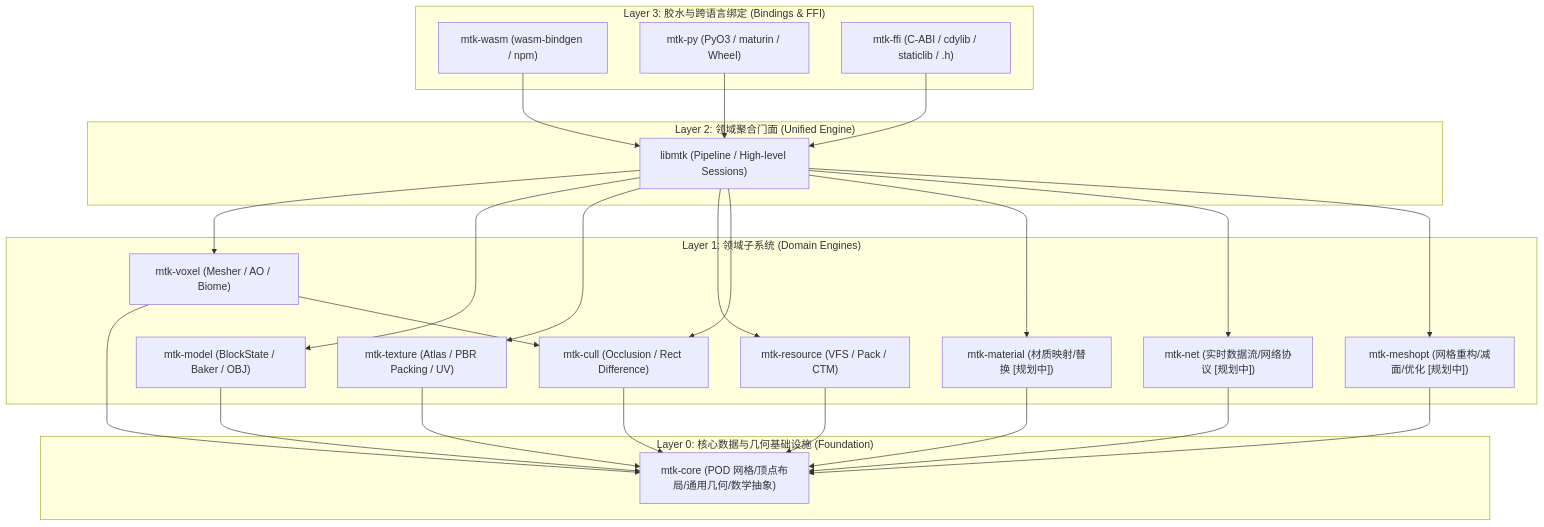
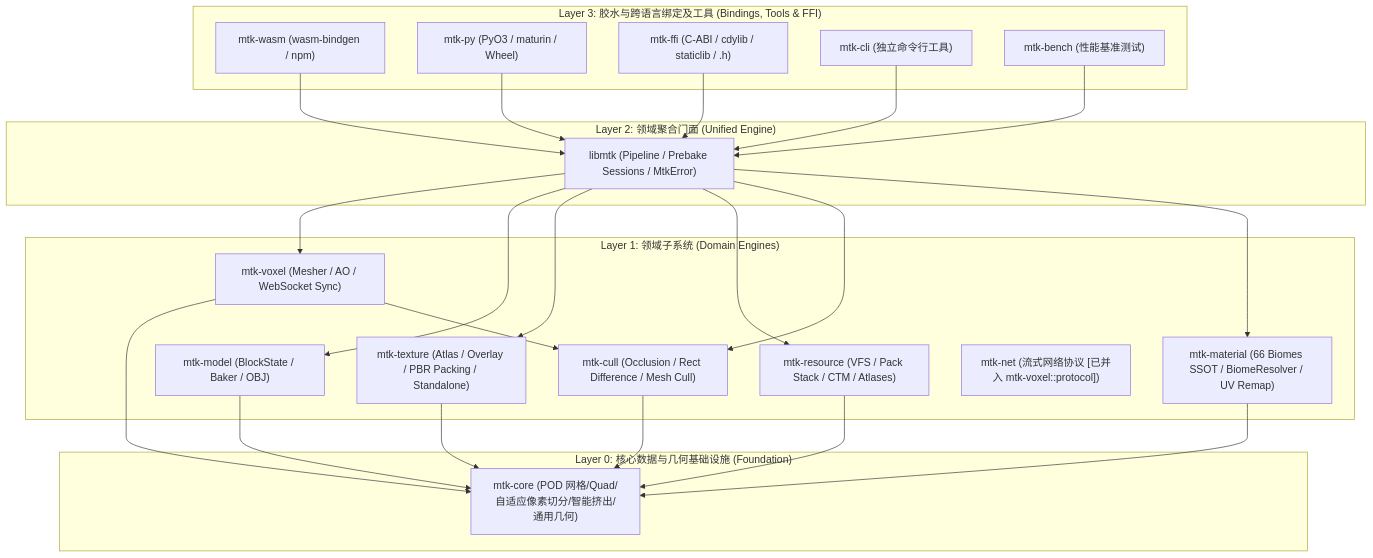
The diagram in docs/ARCHITECTURE.md (mozi1924/libmozitoolkit), drawn with Mermaid before and after one commit. The commit also changed other lines of this file and 5 other files, not shown here.

First line of the commit message:
docs: update GEMINI.md and synchronize architecture, API reference, and bindings specs

````diff
--- a/docs/ARCHITECTURE.md
+++ b/docs/ARCHITECTURE.md
@@ -17,50 +18,49 @@
 ```mermaid
 graph TD
-    subgraph Layer3_Bindings["Layer 3: 胶水与跨语言绑定 (Bindings & FFI)"]
+    subgraph Layer3_Bindings["Layer 3: 胶水与跨语言绑定及工具 (Bindings, Tools & FFI)"]
         WASM["mtk-wasm (wasm-bindgen / npm)"]
         PY["mtk-py (PyO3 / maturin / Wheel)"]
         FFI["mtk-ffi (C-ABI / cdylib / staticlib / .h)"]
+        CLI["mtk-cli (独立命令行工具)"]
+        BENCH["mtk-bench (性能基准测试)"]
     end
 
     subgraph Layer2_Facade["Layer 2: 领域聚合门面 (Unified Engine)"]
-        LIBMTK["libmtk (Pipeline / High-level Sessions)"]
+        LIBMTK["libmtk (Pipeline / Prebake Sessions / MtkError)"]
     end
 
     subgraph Layer1_Domain["Layer 1: 领域子系统 (Domain Engines)"]
-        VOXEL["mtk-voxel (Mesher / AO / Biome)"]
+        VOXEL["mtk-voxel (Mesher / AO / WebSocket Sync)"]
         MODEL["mtk-model (BlockState / Baker / OBJ)"]
-        TEXTURE["mtk-texture (Atlas / PBR Packing / UV)"]
-        RESOURCE["mtk-resource (VFS / Pack / CTM)"]
-        CULL["mtk-cull (Occlusion / Rect Difference)"]
-        MAT["mtk-material (材质映射/替换 [规划中])"]
-        NET["mtk-net (实时数据流/网络协议 [规划中])"]
-        MESH["mtk-meshopt (网格重构/减面/优化 [规划中])"]
+        TEXTURE["mtk-texture (Atlas / Overlay / PBR Packing / Standalone)"]
+        RESOURCE["mtk-resource (VFS / Pack Stack / CTM / Atlases)"]
+        CULL["mtk-cull (Occlusion / Rect Difference / Mesh Cull)"]
+        MAT["mtk-material (66 Biomes SSOT / BiomeResolver / UV Remap)"]
+        NET["mtk-net (流式网络协议 [已并入 mtk-voxel::protocol])"]
     end
 
     subgraph Layer0_Core["Layer 0: 核心数据与几何基础设施 (Foundation)"]
-        CORE["mtk-core (POD 网格/顶点布局/通用几何/数学抽象)"]
+        CORE["mtk-core (POD 网格/Quad/自适应像素切分/智能挤出/通用几何)"]
     end
 
     WASM --> LIBMTK
     PY --> LIBMTK
     FFI --> LIBMTK
+    CLI --> LIBMTK
+    BENCH --> LIBMTK
 
     LIBMTK --> VOXEL
     LIBMTK --> MODEL
     LIBMTK --> TEXTURE
     LIBMTK --> RESOURCE
     LIBMTK --> CULL
     LIBMTK --> MAT
-    LIBMTK --> NET
-    LIBMTK --> MESH
 
     VOXEL --> CORE
     VOXEL --> CULL
     MODEL --> CORE
     TEXTURE --> CORE
     RESOURCE --> CORE
     CULL --> CORE
     MAT --> CORE
-    NET --> CORE
-    MESH --> CORE
 ```
````
